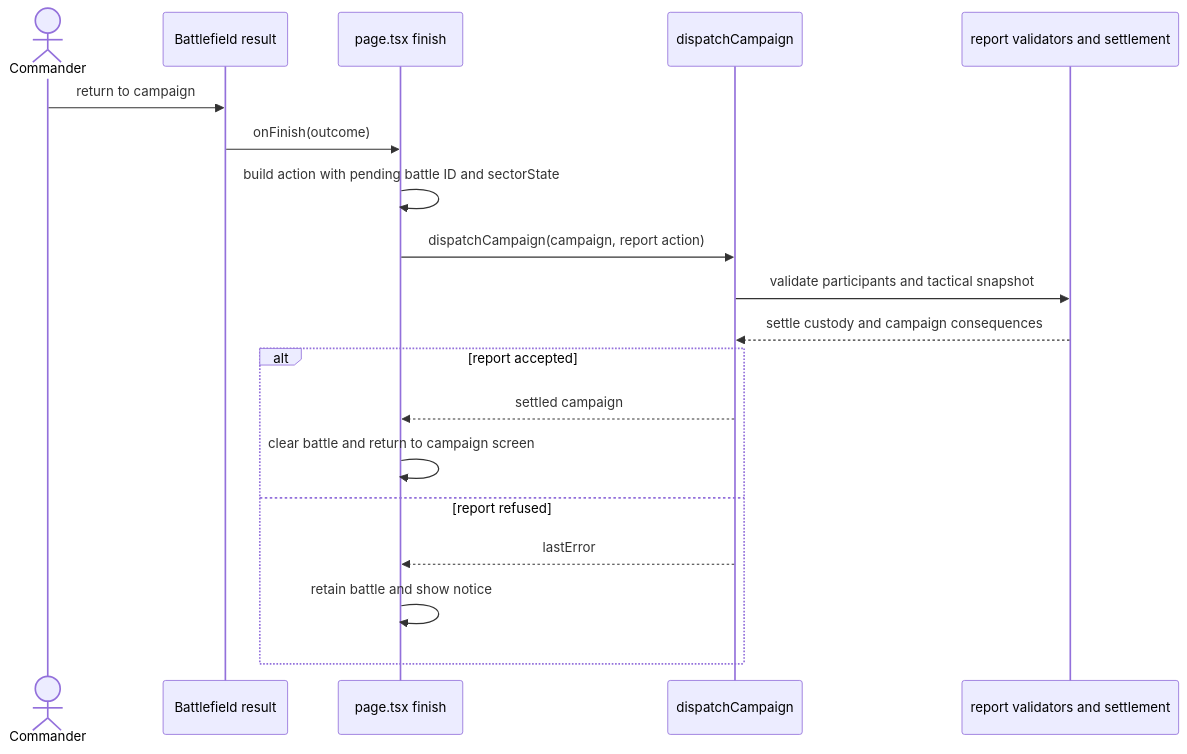
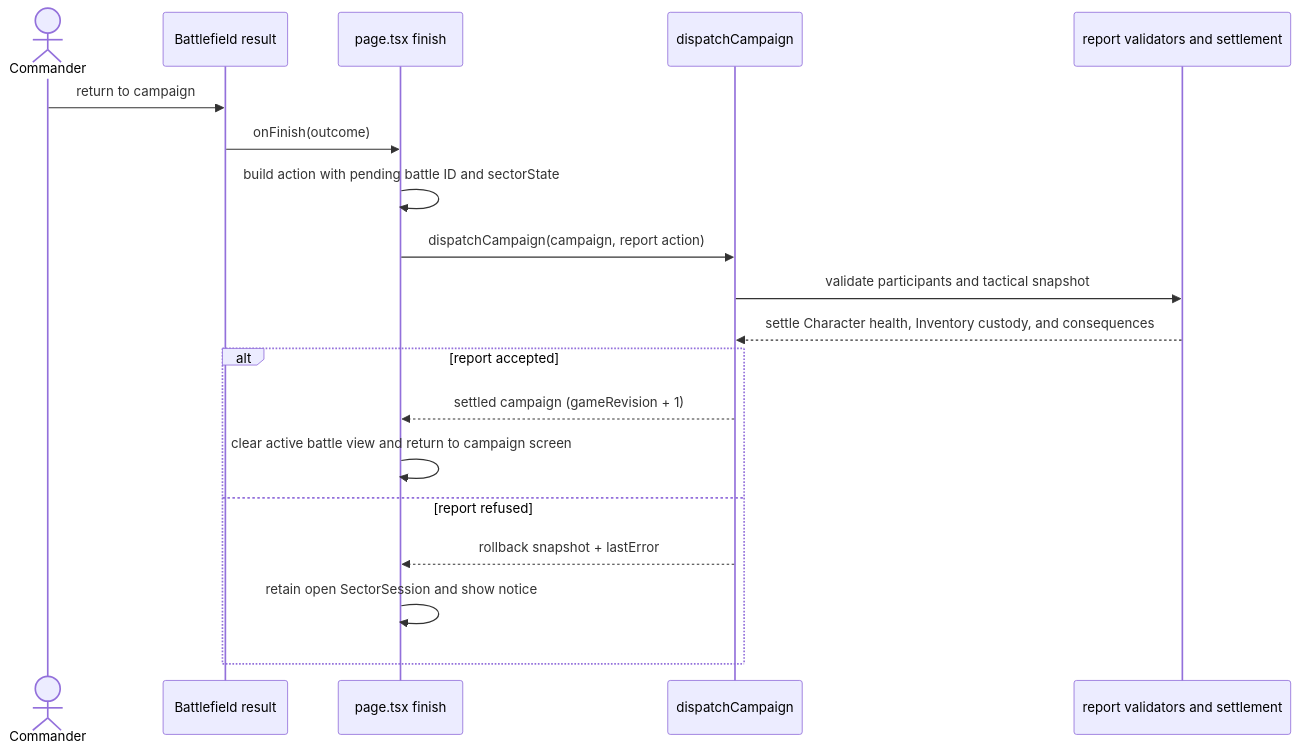
Before and after one commit to fsodano/granaderos: the second of 2 diagrams in docs/architecture/use-cases/strategic.md, drawn with Mermaid. The commit also changed other lines of this file and 1182 other files, not shown here.

````diff
--- a/docs/architecture/use-cases/strategic.md
+++ b/docs/architecture/use-cases/strategic.md
@@ -119,21 +125,21 @@
 ```mermaid
 sequenceDiagram
   actor Commander
   participant BF as Battlefield result
   participant H as page.tsx finish
   participant C as dispatchCampaign
   participant S as report validators and settlement
   Commander->>BF: return to campaign
   BF->>H: onFinish(outcome)
   H->>H: build action with pending battle ID and sectorState
   H->>C: dispatchCampaign(campaign, report action)
   C->>S: validate participants and tactical snapshot
-  S-->>C: settle custody and campaign consequences
+  S-->>C: settle Character health, Inventory custody, and consequences
   alt report accepted
-    C-->>H: settled campaign
-    H->>H: clear battle and return to campaign screen
+    C-->>H: settled campaign (gameRevision + 1)
+    H->>H: clear active battle view and return to campaign screen
   else report refused
-    C-->>H: lastError
-    H->>H: retain battle and show notice
+    C-->>H: rollback snapshot + lastError
+    H->>H: retain open SectorSession and show notice
   end
 ```
````
